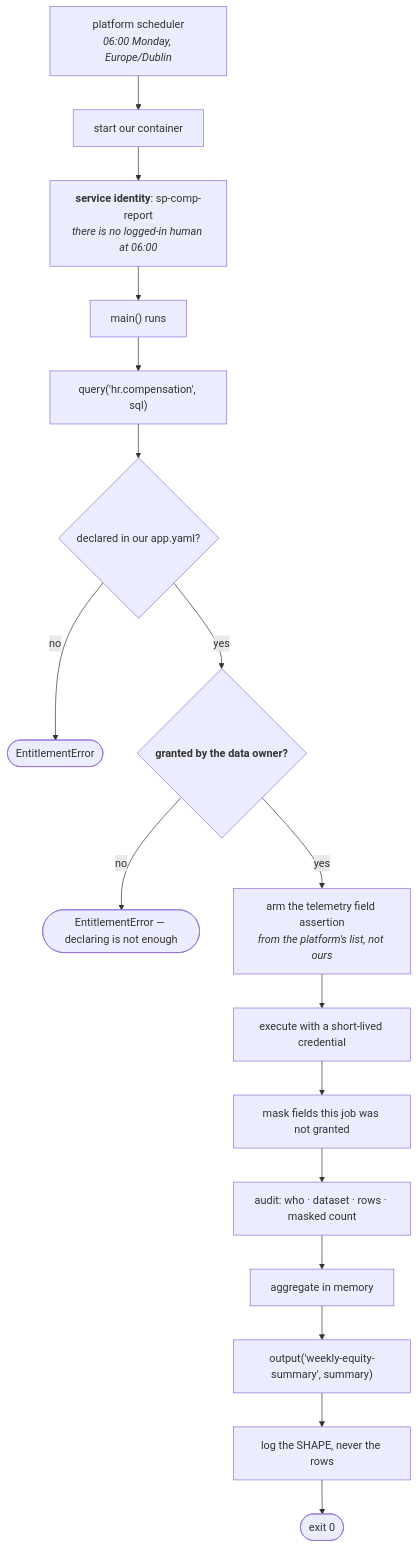
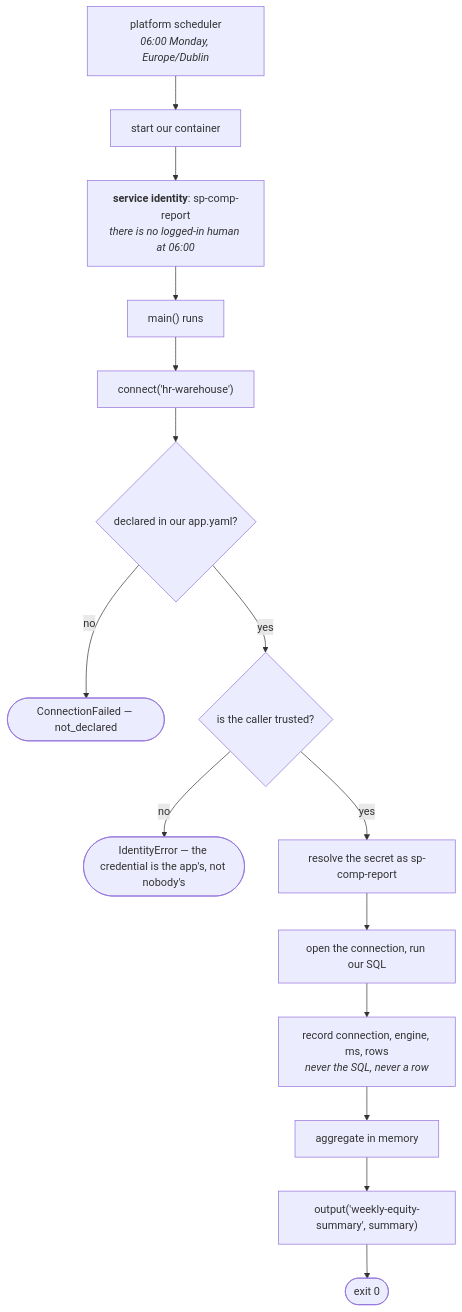
The diagram in README.md (KRISHNABR/insights-comp-report), drawn with Mermaid before and after one commit. The commit also changed other lines of this file and 1 other file, not shown here.

````diff
--- a/README.md
+++ b/README.md
@@ -81,20 +81,18 @@
 ```mermaid
 flowchart TB
   S["platform scheduler<br/><i>06:00 Monday, Europe/Dublin</i>"] --> C["start our container"]
   C --> I["<b>service identity</b>: sp-comp-report<br/><i>there is no logged-in human at 06:00</i>"]
   I --> M["main() runs"]
-  M --> Q["query('hr.compensation', sql)"]
+  M --> Q["connect('hr-warehouse')"]
 
   Q --> B1{"declared in our app.yaml?"}
-  B1 -->|no| E1(["EntitlementError"])
-  B1 -->|yes| B2{"<b>granted by the data owner?</b>"}
-  B2 -->|no| E2(["EntitlementError — declaring is not enough"])
-  B2 -->|yes| B3["arm the telemetry field assertion<br/><i>from the platform's list, not ours</i>"]
-  B3 --> B4["execute with a short-lived credential"]
-  B4 --> B5["mask fields this job was not granted"]
-  B5 --> B6["audit: who · dataset · rows · masked count"]
-  B6 --> A["aggregate in memory"]
+  B1 -->|no| E1(["ConnectionFailed — not_declared"])
+  B1 -->|yes| B2{"is the caller trusted?"}
+  B2 -->|no| E2(["IdentityError — the credential is the app's, not nobody's"])
+  B2 -->|yes| B3["resolve the secret as sp-comp-report"]
+  B3 --> B4["open the connection, run our SQL"]
+  B4 --> B5["record connection, engine, ms, rows<br/><i>never the SQL, never a row</i>"]
+  B5 --> A["aggregate in memory"]
   A --> O["output('weekly-equity-summary', summary)"]
-  O --> L["log the SHAPE, never the rows"]
-  L --> X(["exit 0"])
+  O --> X(["exit 0"])
 ```
````
